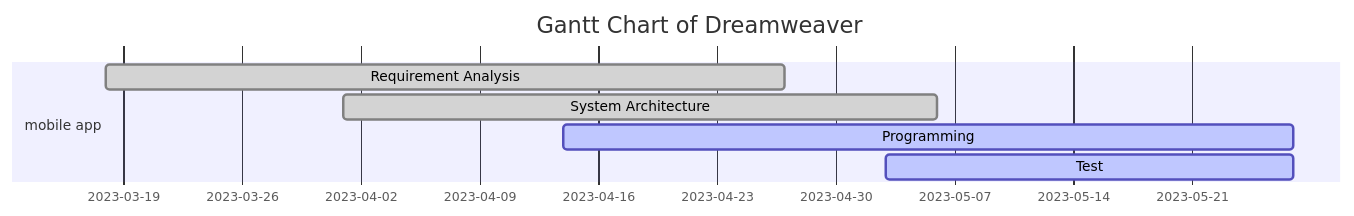
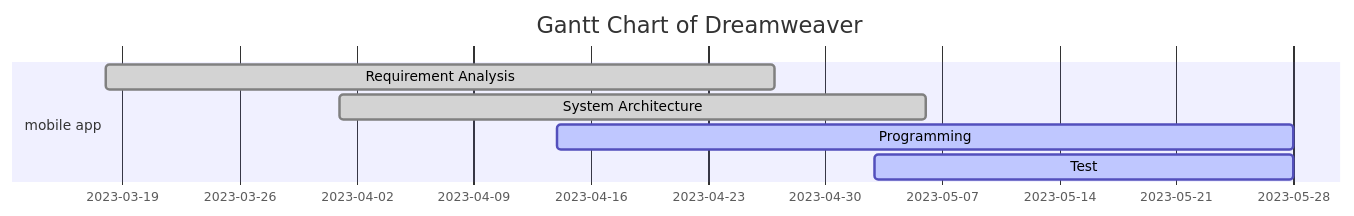
Before and after one commit to DreamweaverDSD/DSD: the diagram in README.md, drawn with Mermaid.

````diff
--- a/README.md
+++ b/README.md
@@ -66,10 +66,10 @@
 ```mermaid
 gantt
 title Gantt Chart of Dreamweaver
 dateFormat YY-MM-DD
 section mobile app
 Requirement Analysis  :done, requirement analysis, 23-03-18, 23-04-27
 System Architecture   :done, system architecture, 23-04-01, 35d
-Programming           :active, programming, 23-04-14, 43d
-Test                  :active, test, 23-05-03, 24d
+Programming           :active, programming, 23-04-14, 44d
+Test                  :active, test, 23-05-03, 25d
 ```
````
